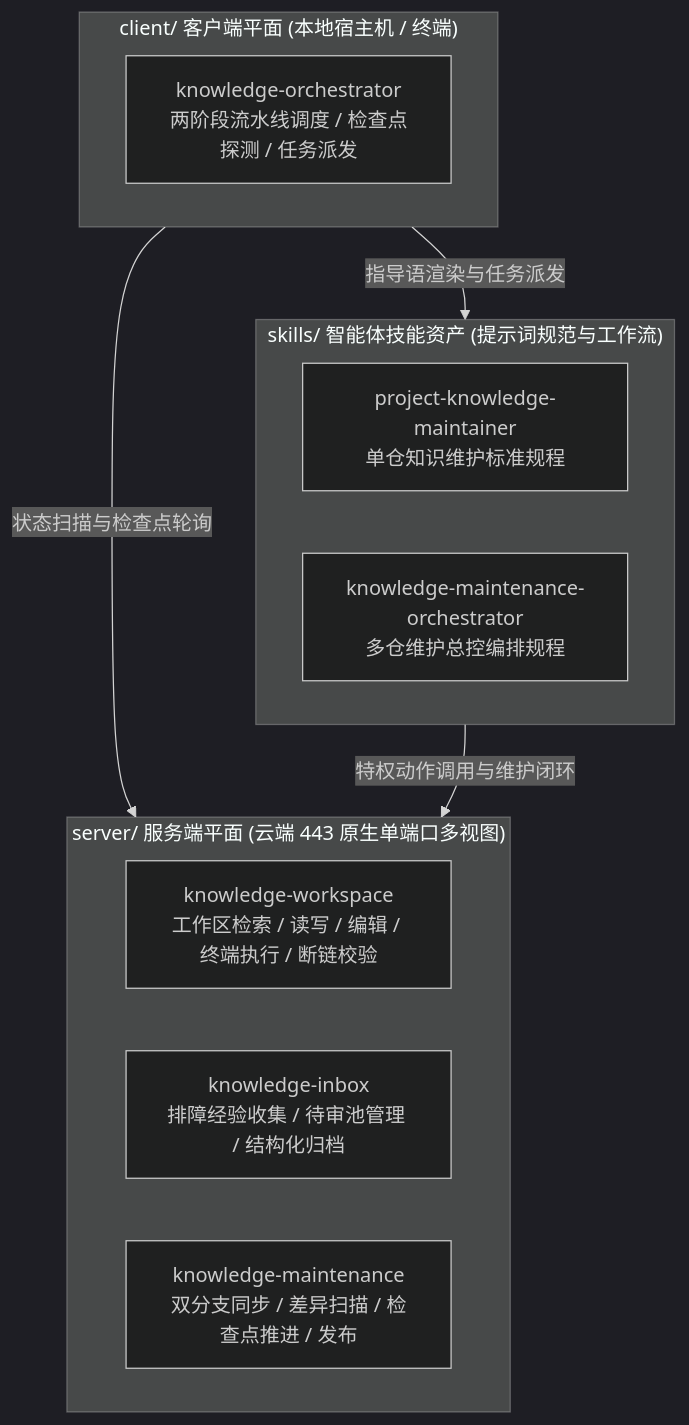
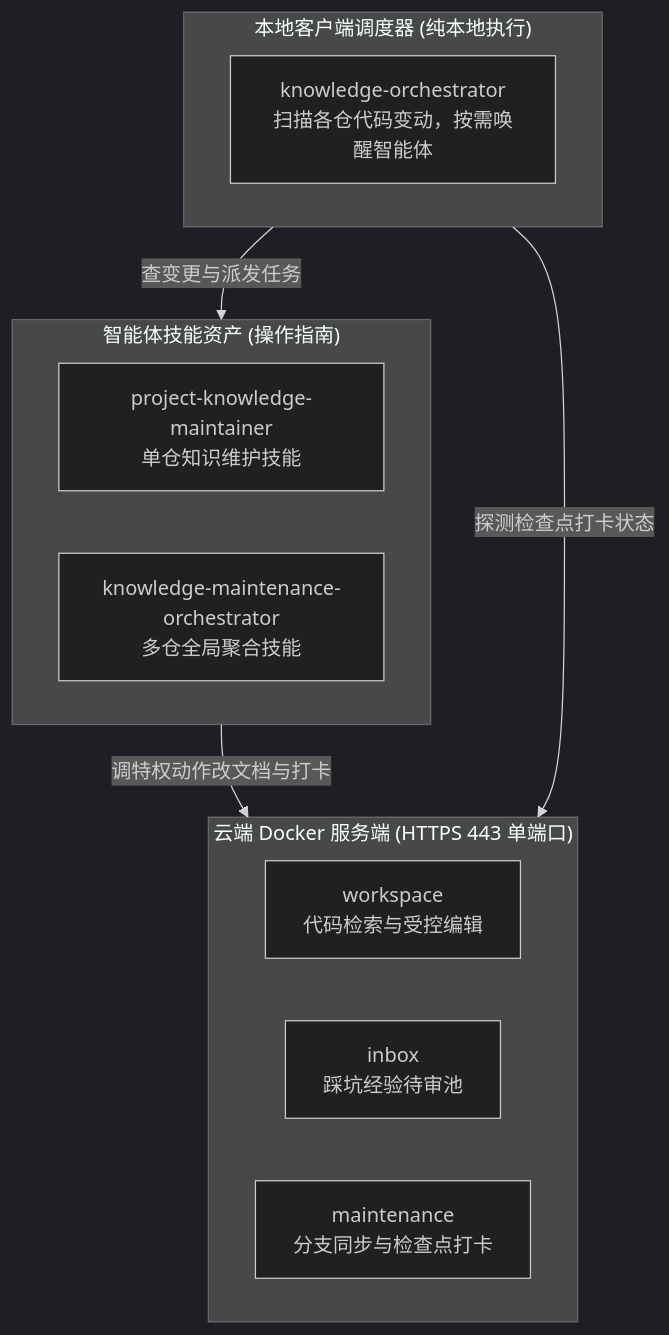
The diagram in README.md (fjay/knowledge-dock), drawn with Mermaid (dark theme) before and after one commit. The commit also changed other lines of this file and 4 other files, not shown here.

````diff
--- a/README.md
+++ b/README.md
@@ -13,21 +16,21 @@
 ```mermaid
 flowchart TD
-    subgraph ClientPlane ["client/ 客户端平面 (本地宿主机 / 终端)"]
-        Orchestrator["knowledge-orchestrator<br/>两阶段流水线调度 / 检查点探测 / 任务派发"]
+    subgraph Client ["本地客户端调度器 (纯本地执行)"]
+        Orchestrator["knowledge-orchestrator<br/>扫描各仓代码变动，按需唤醒智能体"]
     end
 
-    subgraph SkillsPlane ["skills/ 智能体技能资产 (提示词规范与工作流)"]
-        SkillMaintainer["project-knowledge-maintainer<br/>单仓知识维护标准规程"]
-        SkillOrchestrator["knowledge-maintenance-orchestrator<br/>多仓维护总控编排规程"]
+    subgraph Skills ["智能体技能资产 (操作指南)"]
+        SkillSingle["project-knowledge-maintainer<br/>单仓知识维护技能"]
+        SkillMulti["knowledge-maintenance-orchestrator<br/>多仓全局聚合技能"]
     end
 
-    subgraph ServerPlane ["server/ 服务端平面 (云端 443 原生单端口多视图)"]
-        Workspace["knowledge-workspace<br/>工作区检索 / 读写 / 编辑 / 终端执行 / 断链校验"]
-        Inbox["knowledge-inbox<br/>排障经验收集 / 待审池管理 / 结构化归档"]
-        Maintenance["knowledge-maintenance<br/>双分支同步 / 差异扫描 / 检查点推进 / 发布"]
+    subgraph Server ["云端 Docker 服务端 (HTTPS 443 单端口)"]
+        Workspace["workspace<br/>代码检索与受控编辑"]
+        Inbox["inbox<br/>踩坑经验待审池"]
+        Maintenance["maintenance<br/>分支同步与检查点打卡"]
     end
 
-    ClientPlane -->|"状态扫描与检查点轮询"| ServerPlane
-    ClientPlane -->|"指导语渲染与任务派发"| SkillsPlane
-    SkillsPlane -->|"特权动作调用与维护闭环"| ServerPlane
+    Client -->|"查变更与派发任务"| Skills
+    Skills -->|"调特权动作改文档与打卡"| Server
+    Client -->|"探测检查点打卡状态"| Server
 ```
````
